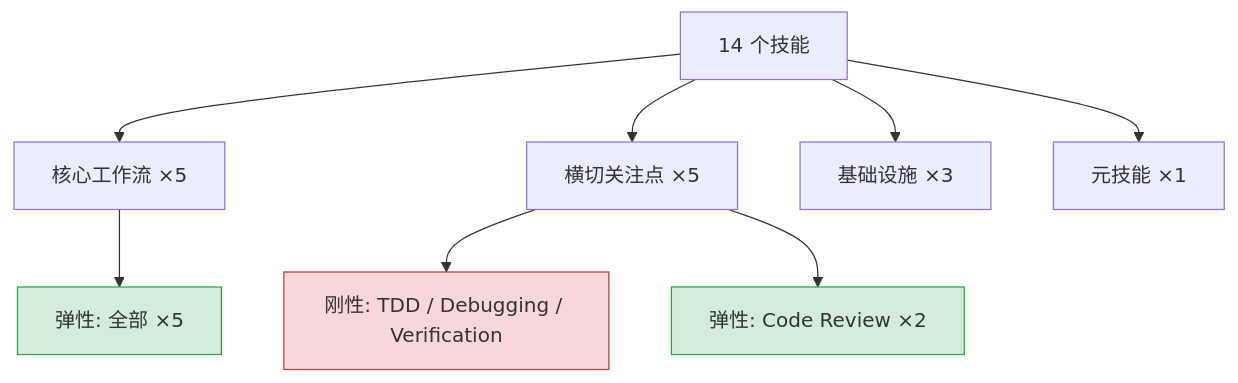
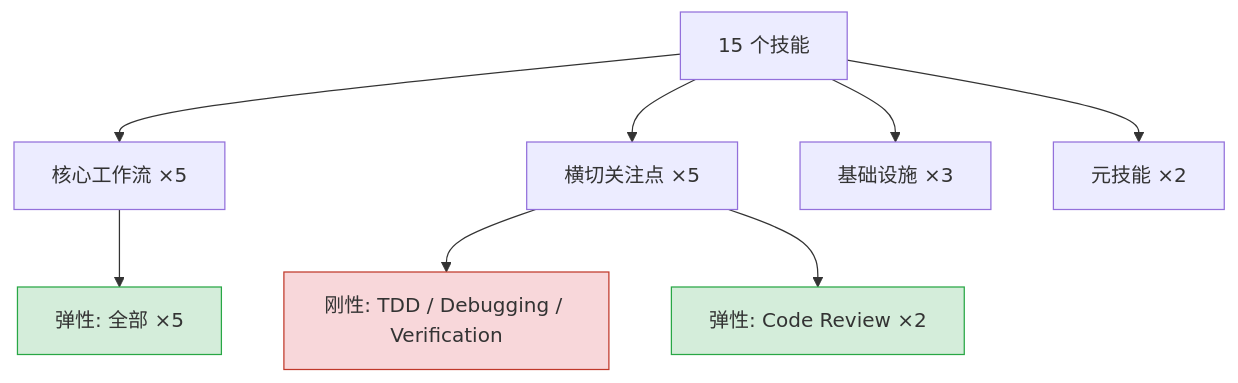
One commit to yongnianliu/superpowers changed the third of 3 diagrams in docs/zh/04-skills-system.md. Above: the diagram before and after it, drawn with Mermaid. The commit also changed other lines of this file and 12 other files, not shown here.

````diff
--- a/docs/zh/04-skills-system.md
+++ b/docs/zh/04-skills-system.md
@@ -158,16 +174,16 @@
 ```mermaid
 graph TD
-    Root["14 个技能"]
+    Root["15 个技能"]
     Root --> WF["核心工作流 ×5"]
     Root --> CC["横切关注点 ×5"]
     Root --> IF["基础设施 ×3"]
-    Root --> MT["元技能 ×1"]
+    Root --> MT["元技能 ×2"]
 
     CC --> R1["刚性: TDD / Debugging / Verification"]
     CC --> F1["弹性: Code Review ×2"]
     WF --> F2["弹性: 全部 ×5"]
 
     style R1 fill:#f8d7da,stroke:#c0392b
     style F1 fill:#d4edda,stroke:#28a745
     style F2 fill:#d4edda,stroke:#28a745
 ```
````
